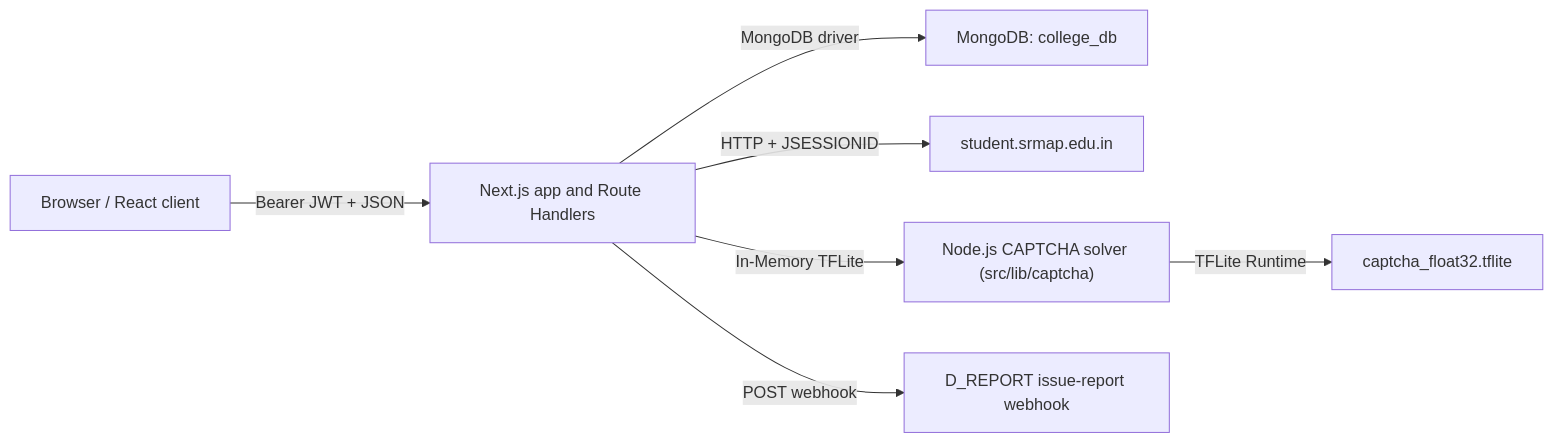
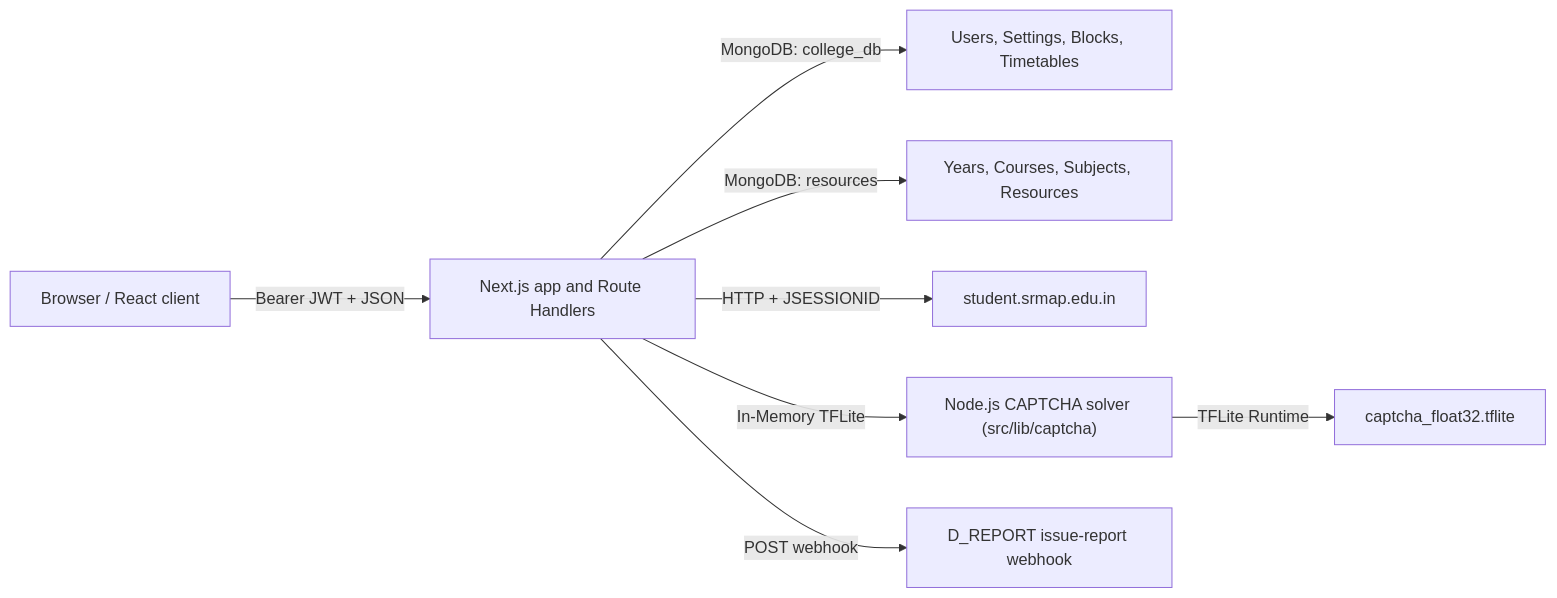
One commit to StoreVia/Srmap-Api changed the diagram in workflow.md. Above: the diagram before and after it, drawn with Mermaid. The commit also changed other lines of this file and 10 other files, not shown here.

````diff
--- a/workflow.md
+++ b/workflow.md
@@ -22,9 +22,10 @@
 ```mermaid
 flowchart LR
   Browser["Browser / React client"] -->|"Bearer JWT + JSON"| Next["Next.js app and Route Handlers"]
-  Next -->|"MongoDB driver"| Mongo["MongoDB: college_db"]
+  Next -->|"MongoDB: college_db"| MongoCore["Users, Settings, Blocks, Timetables"]
+  Next -->|"MongoDB: resources"| MongoRes["Years, Courses, Subjects, Resources"]
   Next -->|"HTTP + JSESSIONID"| SRM["student.srmap.edu.in"]
   Next -->|"In-Memory TFLite"| Captcha["Node.js CAPTCHA solver (src/lib/captcha)"]
   Captcha -->|"TFLite Runtime"| Model["captcha_float32.tflite"]
   Next -->|"POST webhook"| Report["D_REPORT issue-report webhook"]
 ```
````
